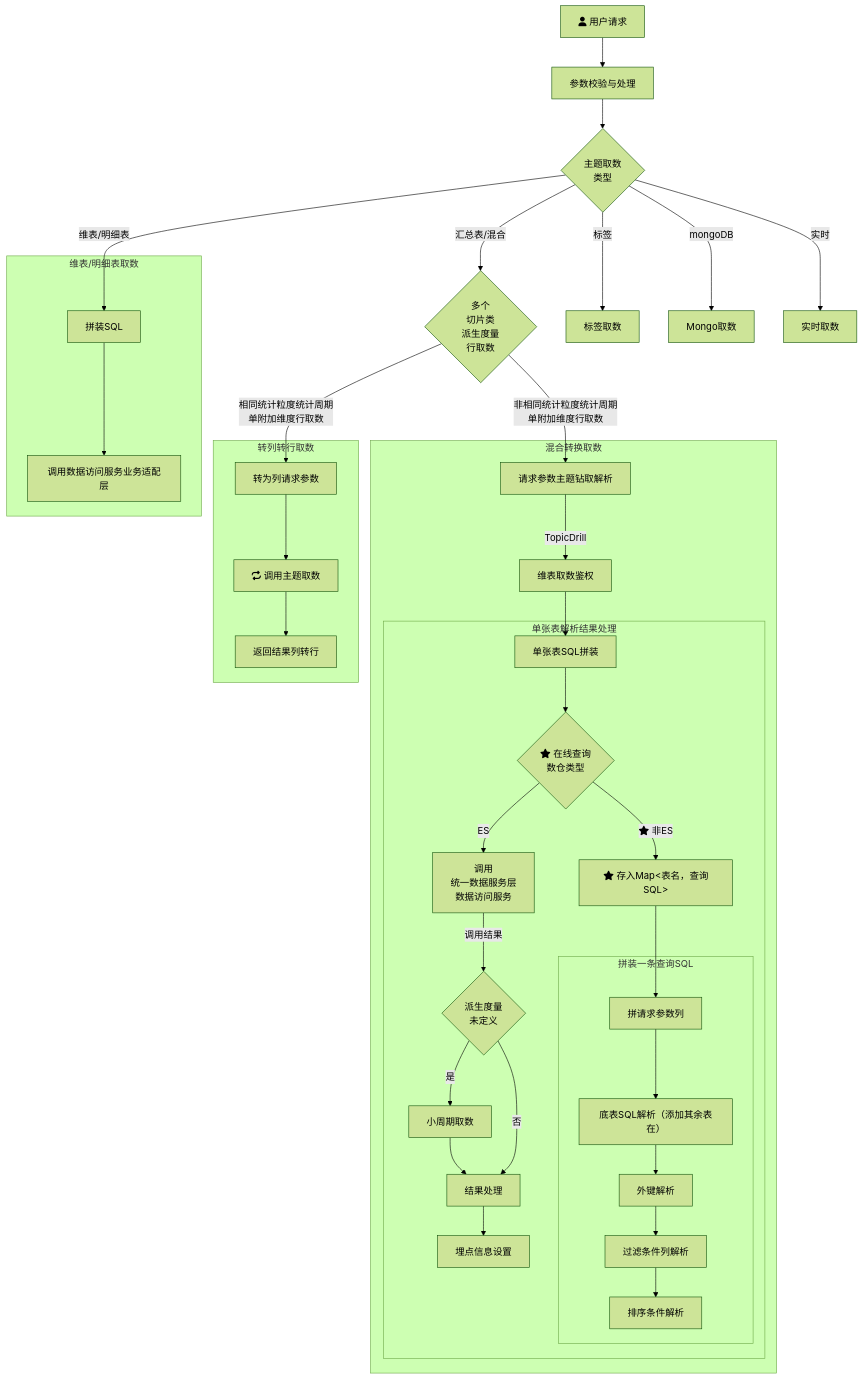
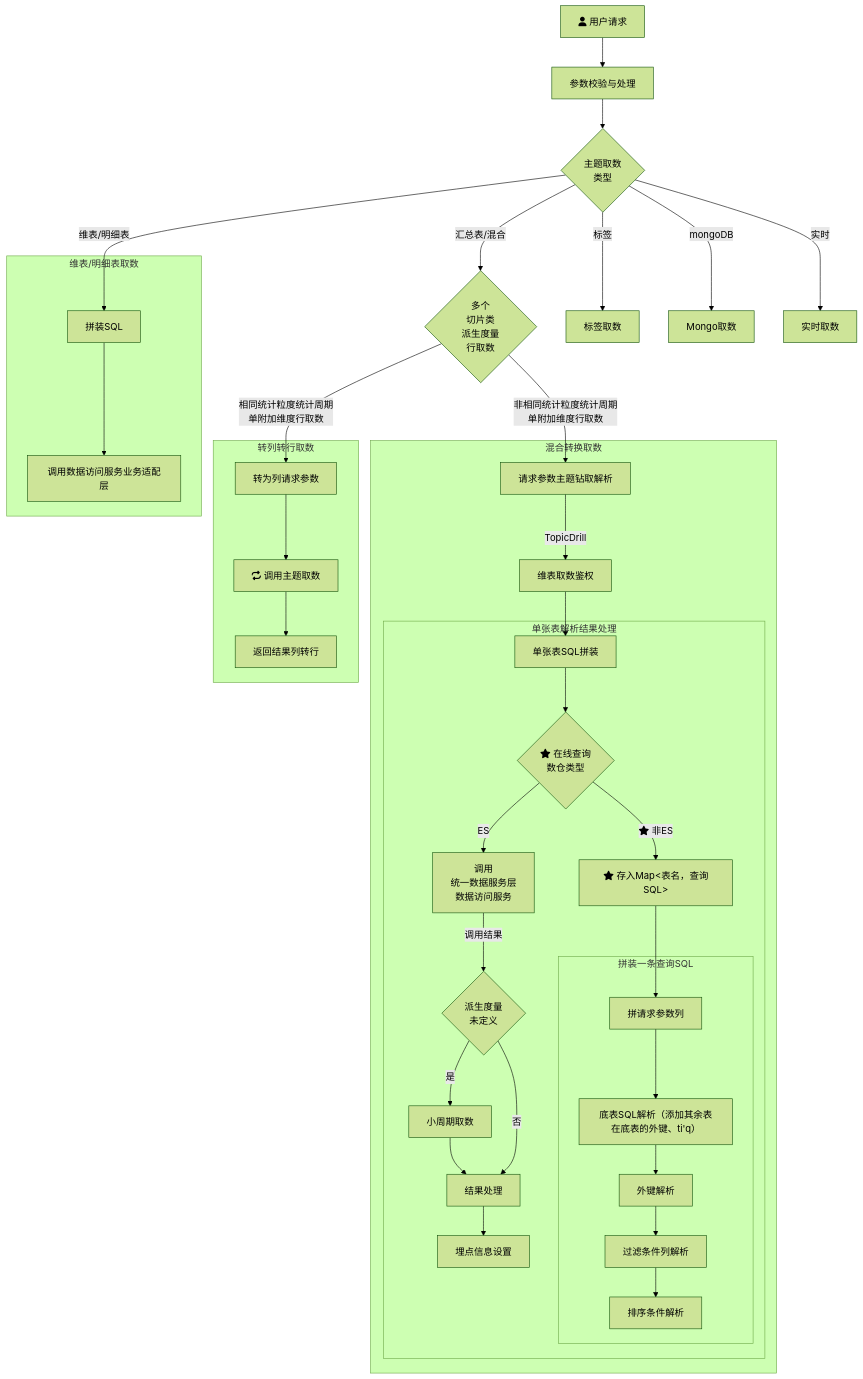
The diagram in all/未命名.md (yanglosm/iodraw-files), drawn with Mermaid (forest theme) before and after one commit.

Commit message:
2024-11-29 19:37:31 update

````diff
--- a/all/未命名.md
+++ b/all/未命名.md
@@ -1,30 +1,30 @@
 ```mermaid
 flowchart TD
     A[fa:fa-user 用户请求] -->A1[参数校验与处理] --> B{主题取数\n类型}
     B -->|维表/明细表| D[拼装SQL]
     B -->|汇总表/混合| E{多个\n切片类\n派生度量\n行取数}
     B -->|标签| F[标签取数]
     B -->|mongoDB| G[Mongo取数]
     B -->|实时| H[实时取数]
     E -->|相同统计粒度统计周期\n单附加维度行取数| E1[转为列请求参数]
     E -->|非相同统计粒度统计周期\n单附加维度行取数| T1[请求参数主题钻取解析]
     subgraph 维表/明细表取数
     D-->D1[调用数据访问服务业务适配层]
     end
     subgraph 转列转行取数
     E1-->E11[fa:fa-repeat 调用主题取数]-->E12[返回结果列转行]
     end
     subgraph 混合转换取数
     T1-->|TopicDrill| T2[维表取数鉴权] --> T31[单张表SQL拼装]
         subgraph 单张表解析结果处理
         T31 --> T4{fa:fa-star 在线查询\n数仓类型}-->|ES|T32[调用\n统一数据服务层\n数据访问服务] --> |调用结果|T33{派生度量\n未定义}
         T33 --> |是|T33_1[小周期取数]-->T34[结果处理]-->T35[埋点信息设置]
         T33 --> |否|T34
         T4 --> |fa:fa-star 非ES|T41["fa:fa-star 存入Map<表名，查询SQL>"]
         T41 --> T42[拼请求参数列]
             subgraph 拼装一条查询SQL
-            T42 --> M1[底表SQL解析（添加其余表在）] --> M2[外键解析] --> 过滤条件列解析 --> 排序条件解析
+            T42 --> M1[底表SQL解析（添加其余表在底表的外键、ti'q）] --> M2[外键解析] --> 过滤条件列解析 --> 排序条件解析
             end
         end
     end
 ```
````
